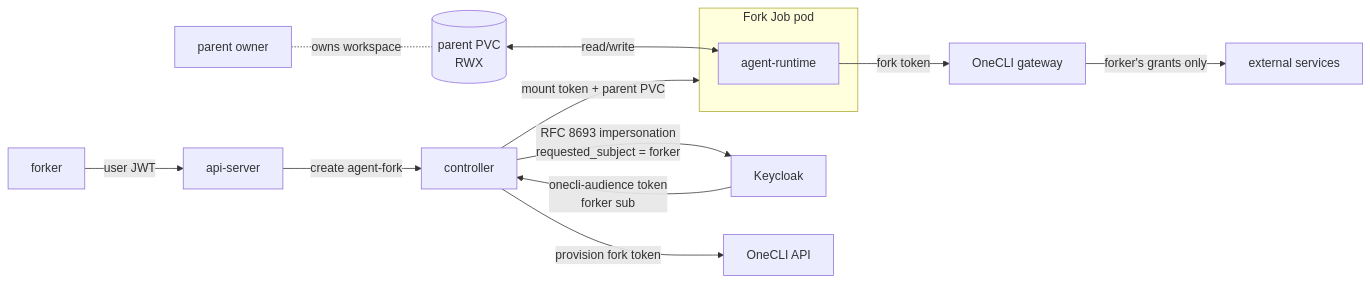
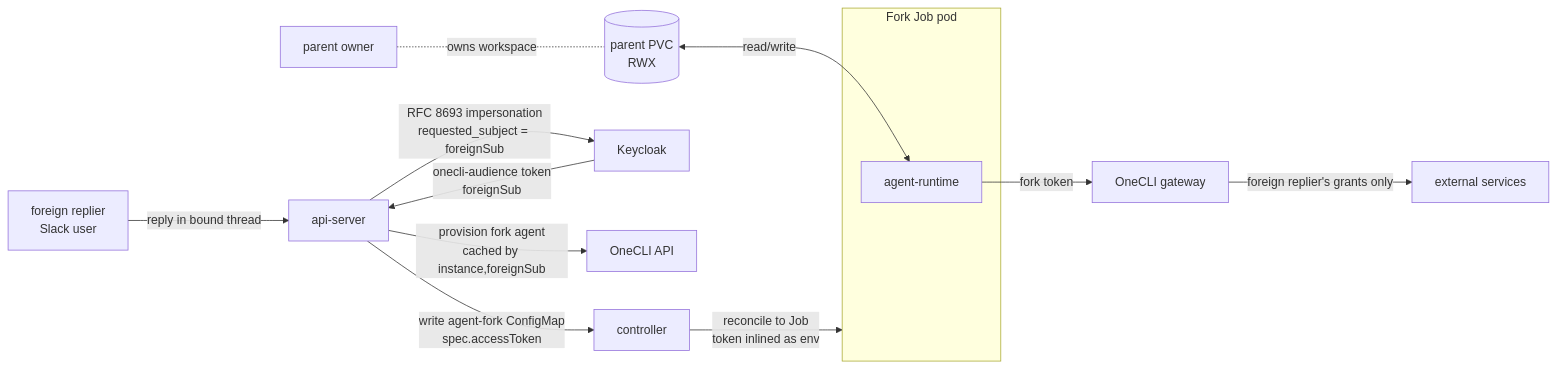
The second of 2 diagrams in docs/architecture/security-and-credentials.md (kagenti/humr), drawn with Mermaid before and after one commit. The commit also changed other lines of this file, not shown here.

Commit message:
docs(architecture): align fork section with vocabulary and actual flow
- foreign replier / foreign sub / foreign registration terminology
- api-server (Connections module) mints, not controller
- token inlined in agent-fork spec.yaml, no per-fork Secret
- in-memory cache, lost on restart, re-mints idempotently

````diff
--- a/docs/architecture/security-and-credentials.md
+++ b/docs/architecture/security-and-credentials.md
@@ -158,31 +160,33 @@
 ```mermaid
 flowchart LR
-  forker[forker]
-  parent[parent owner]
+  replier[foreign replier<br/>Slack user]
 
   api-server
   controller
   keycloak[Keycloak]
   onecli-api[OneCLI API]
   onecli-gw[OneCLI gateway]
 
   subgraph forkpod[Fork Job pod]
     fork-runtime[agent-runtime]
   end
 
   parent-pvc[(parent PVC<br/>RWX)]
+  parent[parent owner]
   external[external services]
 
-  forker -->|user JWT| api-server
-  api-server -->|create agent-fork| controller
-  controller -->|RFC 8693 impersonation<br/>requested_subject = forker| keycloak
-  keycloak -->|onecli-audience token<br/>forker sub| controller
-  controller -->|provision fork token| onecli-api
-  controller -->|mount token + parent PVC| forkpod
+  replier -->|reply in bound thread| api-server
+
+  api-server -->|RFC 8693 impersonation<br/>requested_subject = foreignSub| keycloak
+  keycloak -->|onecli-audience token<br/>foreignSub| api-server
+  api-server -->|provision fork agent<br/>cached by instance,foreignSub| onecli-api
+  api-server -->|write agent-fork ConfigMap<br/>spec.accessToken| controller
+
+  controller -->|reconcile to Job<br/>token inlined as env| forkpod
 
   parent-pvc <-->|read/write| fork-runtime
   parent -.owns workspace.- parent-pvc
 
   fork-runtime -->|fork token| onecli-gw
-  onecli-gw -->|forker's grants only| external
+  onecli-gw -->|foreign replier's grants only| external
 ```
````
